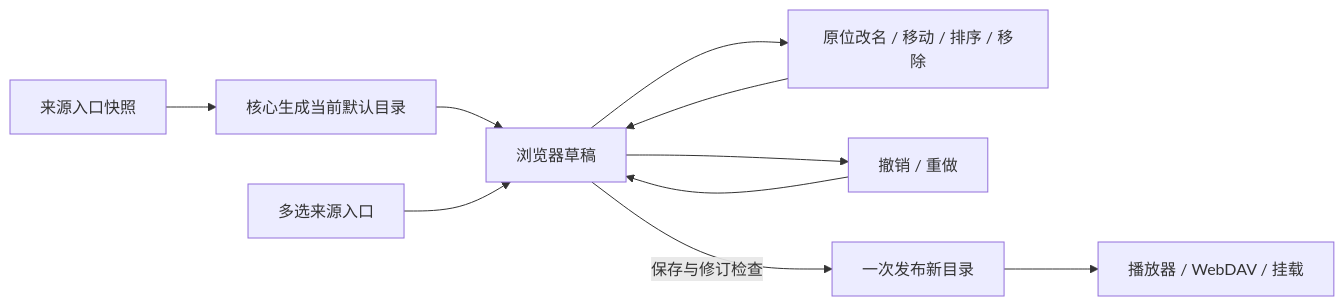
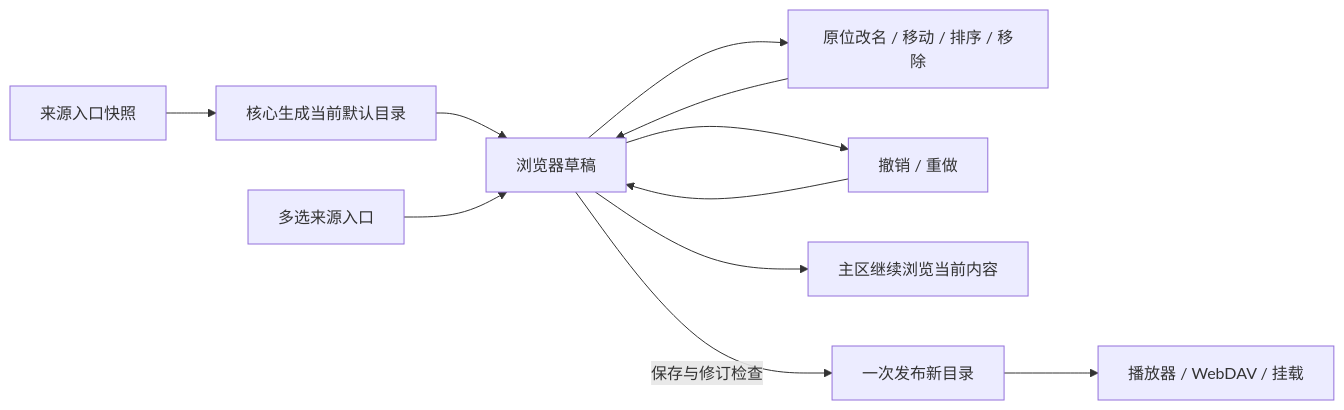
The second of 2 diagrams in docs/architecture/web-ui.md (shengyusi-SYS/musicfs), drawn with Mermaid before and after one commit. The commit also changed other lines of this file and 8 other files, not shown here.

````diff
--- a/docs/architecture/web-ui.md
+++ b/docs/architecture/web-ui.md
@@ -63,12 +67,13 @@
 ```mermaid
 flowchart LR
   A[来源入口快照] --> B[核心生成当前默认目录]
   B --> C[浏览器草稿]
   D[多选来源入口] --> C
   C --> E[原位改名 / 移动 / 排序 / 移除]
   E --> C
   C --> F[撤销 / 重做]
   F --> C
+  C --> V[主区继续浏览当前内容]
   C -->|保存与修订检查| G[一次发布新目录]
   G --> H[播放器 / WebDAV / 挂载]
 ```
````
